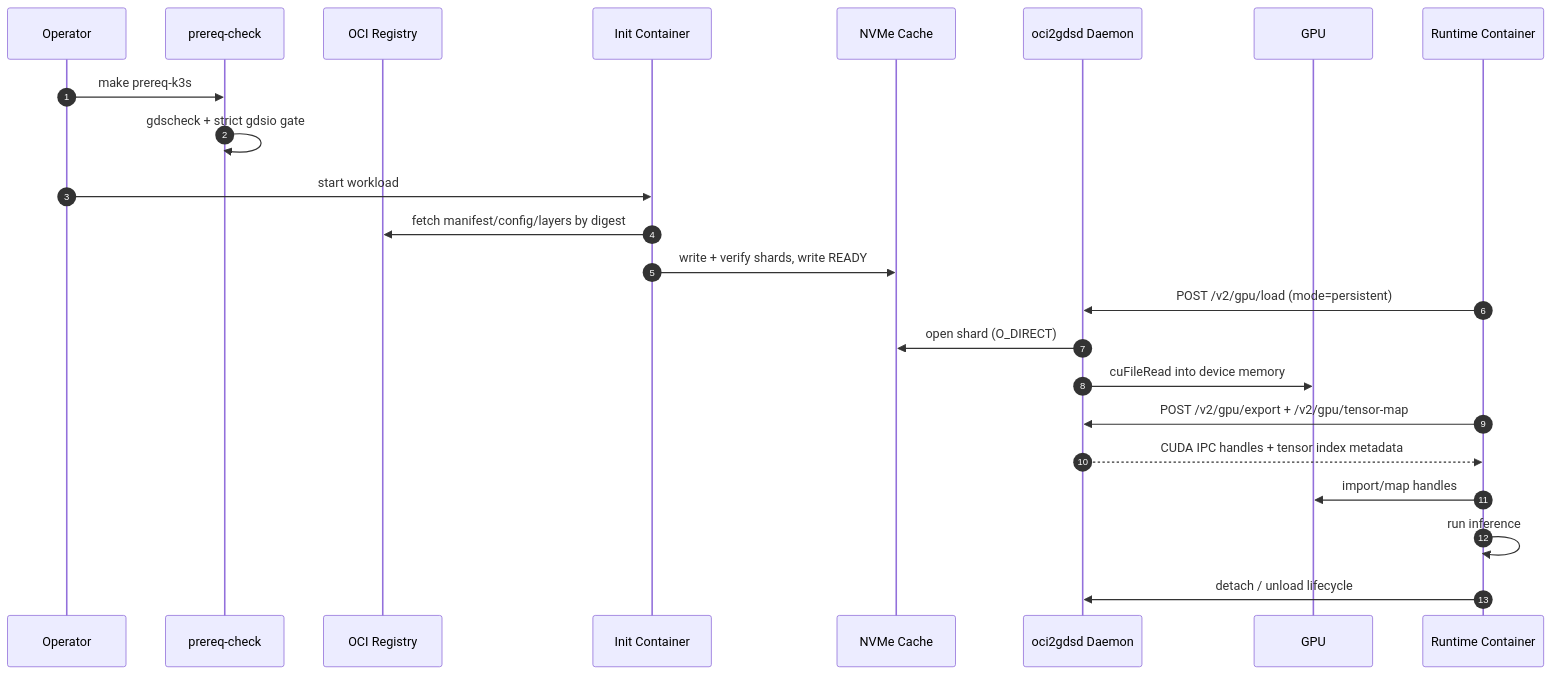
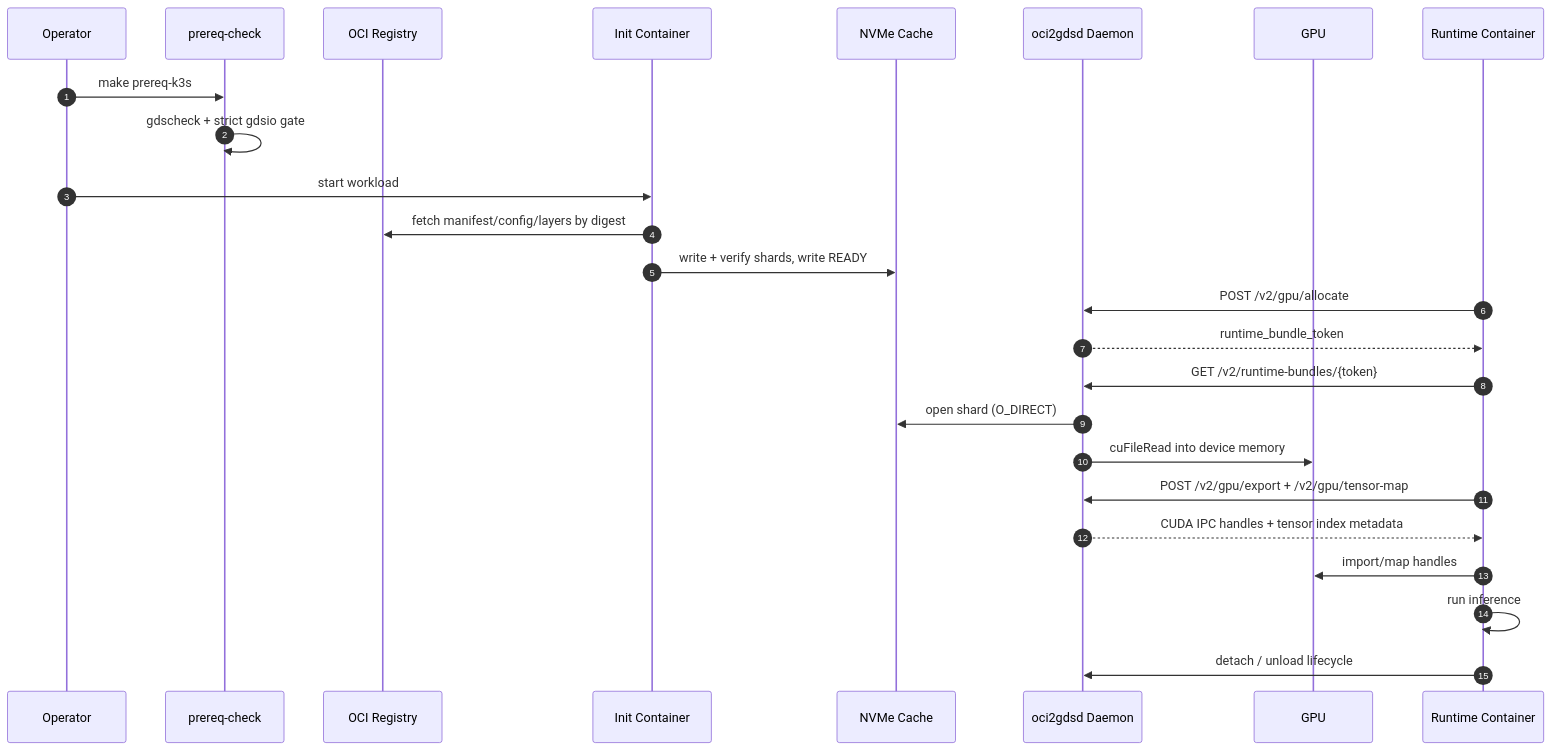
Before and after one commit to dims/oci2gdsd: the second of 2 diagrams in docs/architecture-diagram.md, drawn with Mermaid. The commit also changed 21 other files, not shown here.

Commit message:
refactor runtime API to allocation-centric bundles and persisted allocations

````diff
--- a/docs/architecture-diagram.md
+++ b/docs/architecture-diagram.md
@@ -50,26 +50,28 @@
 ```mermaid
 sequenceDiagram
   autonumber
   participant OP as Operator
   participant PRE as prereq-check
   participant REG as OCI Registry
   participant INIT as Init Container
   participant CACHE as NVMe Cache
   participant DAEMON as oci2gdsd Daemon
   participant GPU as GPU
   participant RT as Runtime Container
 
   OP->>PRE: make prereq-k3s
   PRE->>PRE: gdscheck + strict gdsio gate
   OP->>INIT: start workload
   INIT->>REG: fetch manifest/config/layers by digest
   INIT->>CACHE: write + verify shards, write READY
-  RT->>DAEMON: POST /v2/gpu/load (mode=persistent)
+  RT->>DAEMON: POST /v2/gpu/allocate
+  DAEMON-->>RT: runtime_bundle_token
+  RT->>DAEMON: GET /v2/runtime-bundles/{token}
   DAEMON->>CACHE: open shard (O_DIRECT)
   DAEMON->>GPU: cuFileRead into device memory
   RT->>DAEMON: POST /v2/gpu/export + /v2/gpu/tensor-map
   DAEMON-->>RT: CUDA IPC handles + tensor index metadata
   RT->>GPU: import/map handles
   RT->>RT: run inference
   RT->>DAEMON: detach / unload lifecycle
 ```
````
